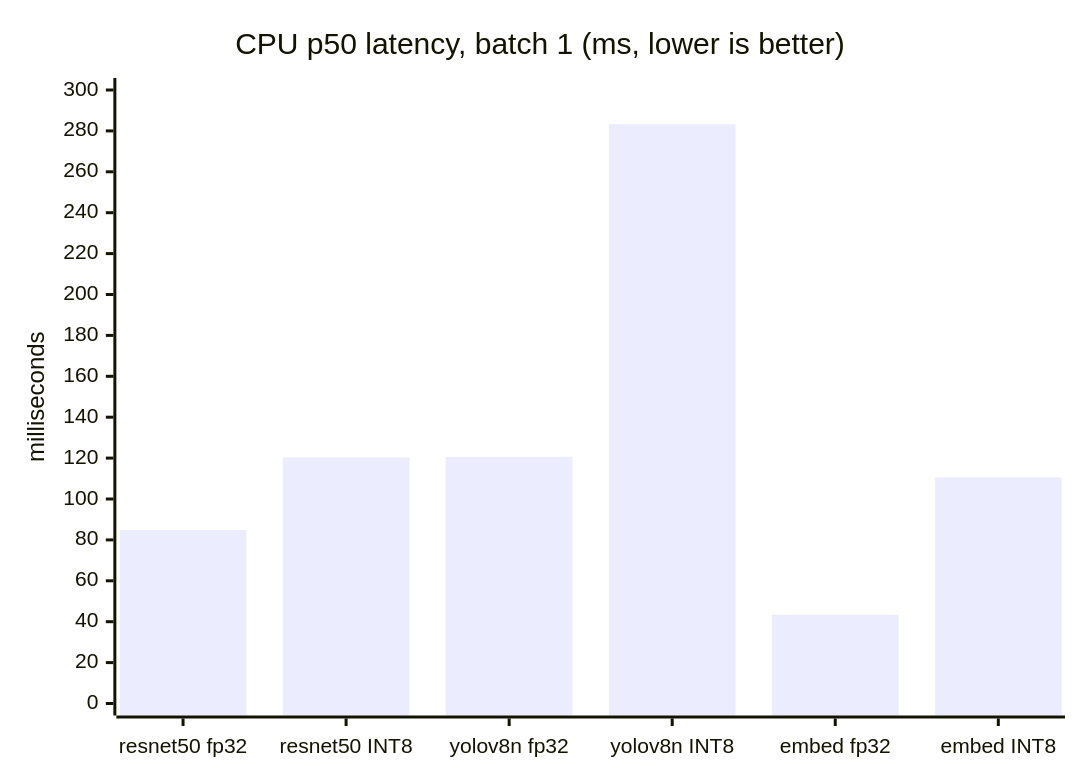
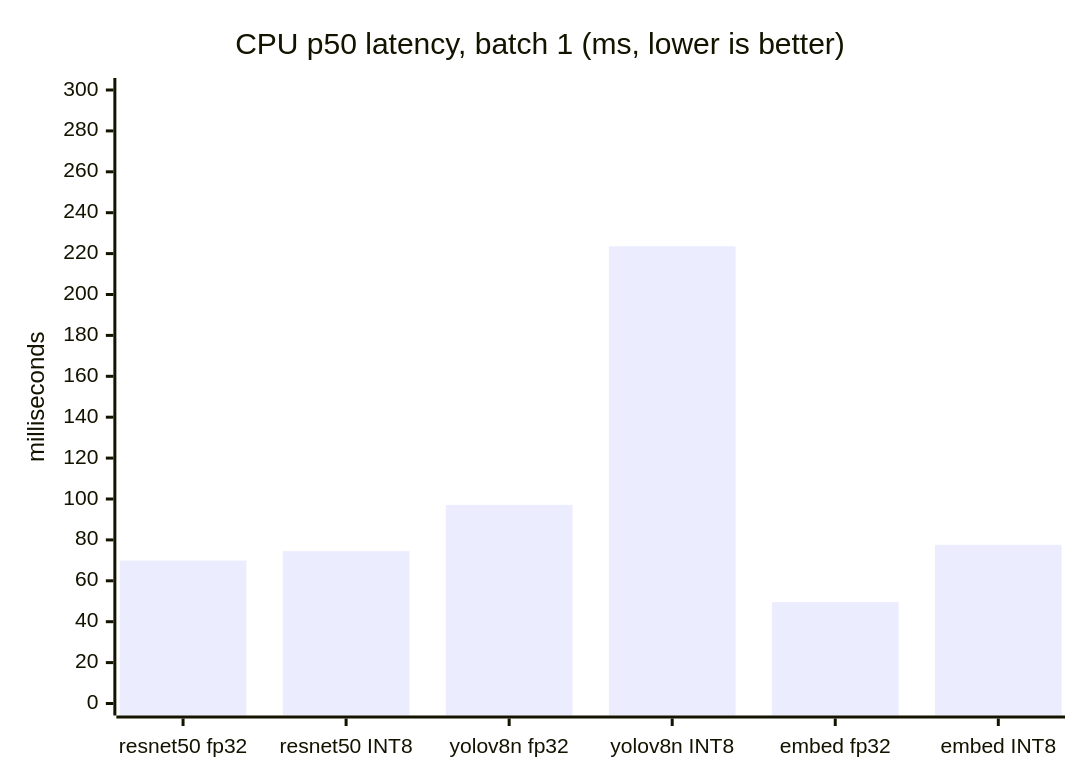
The second of 3 diagrams in docs/TECHNICAL.md (pankaj29/ML-Engineer-Challenge), drawn with Mermaid before and after one commit. The commit also changed other lines of this file and 14 other files, not shown here.

````diff
--- a/docs/TECHNICAL.md
+++ b/docs/TECHNICAL.md
@@ -311,7 +326,7 @@
 ```mermaid
 xychart-beta
     title "CPU p50 latency, batch 1 (ms, lower is better)"
     x-axis ["resnet50 fp32", "resnet50 INT8", "yolov8n fp32", "yolov8n INT8", "embed fp32", "embed INT8"]
     y-axis "milliseconds" 0 --> 300
-    bar [84.8, 120.3, 120.6, 283.3, 43.4, 110.6]
+    bar [69.9, 74.5, 97.1, 223.6, 49.6, 77.6]
 ```
````
